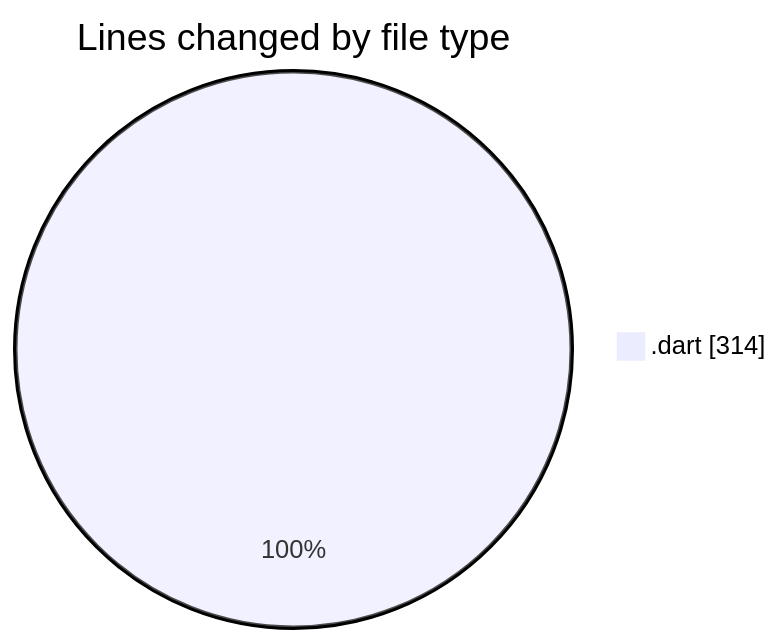
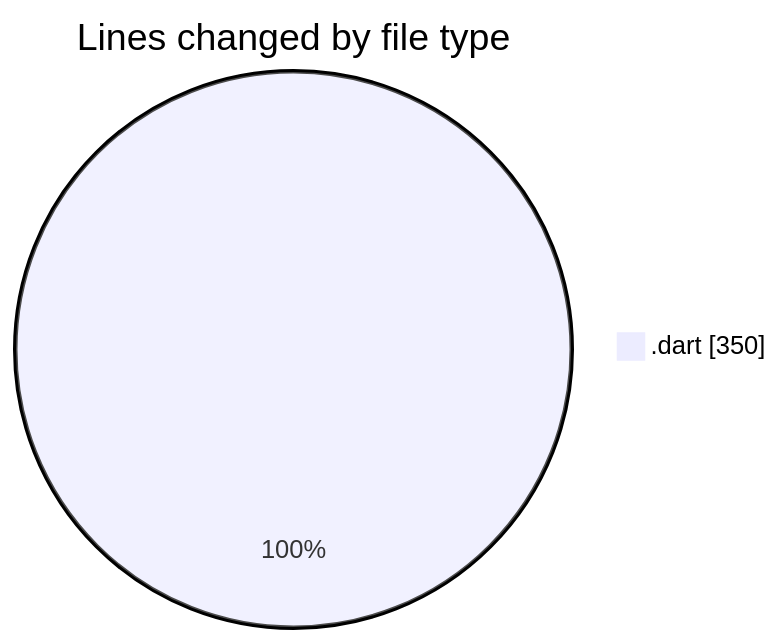
Before and after one commit to donsfak/code-tracking: the first of 2 diagrams in 2025-01-23/trackers_app/README.md, drawn with Mermaid. The commit also changed other lines of this file and 1 other file, not shown here.

````diff
--- a/2025-01-23/trackers_app/README.md
+++ b/2025-01-23/trackers_app/README.md
@@ -22,5 +23,5 @@
 ```mermaid
 pie showData
 title Lines changed by file type
-".dart" : 314
+".dart" : 350
 ```
````
